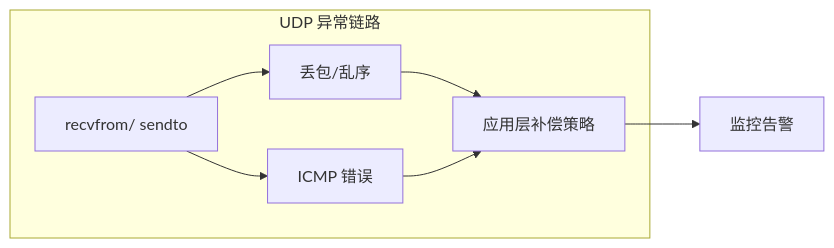
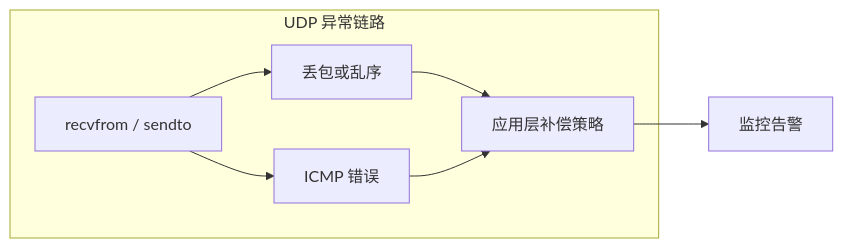
The second of 2 diagrams in contents/3 传输层数据流动内幕/3.2 TCP和UDP有什么区别/3.2.2 对于异常情况的处理.md (rongyilin87/network101), drawn with Mermaid before and after one commit. The commit also changed 4 other files, not shown here.

Commit message:
修复传输层章节示例与Mermaid语法

````diff
--- a/contents/3 传输层数据流动内幕/3.2 TCP和UDP有什么区别/3.2.2 对于异常情况的处理.md
+++ b/contents/3 传输层数据流动内幕/3.2 TCP和UDP有什么区别/3.2.2 对于异常情况的处理.md
@@ -56,12 +56,12 @@
 ```mermaid
 flowchart LR
-    subgraph UDP 异常链路
-        recv[recvfrom/ sendto]
-        drop[丢包/乱序]
+    subgraph "UDP 异常链路"
+        recv[recvfrom / sendto]
+        drop[丢包或乱序]
         icmp[ICMP 错误]
         adjust[应用层补偿策略]
     end
     recv --> drop --> adjust
     recv --> icmp --> adjust
     adjust --> monitor[监控告警]
 ```
````
